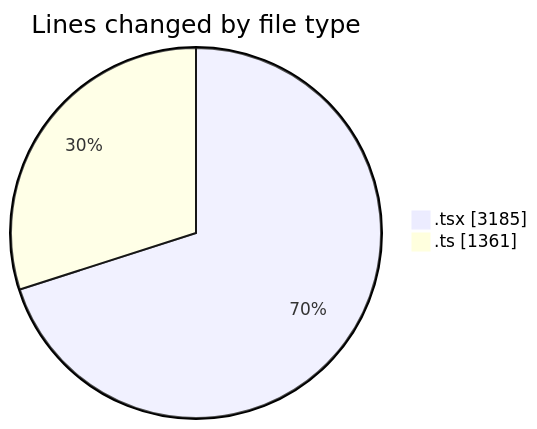
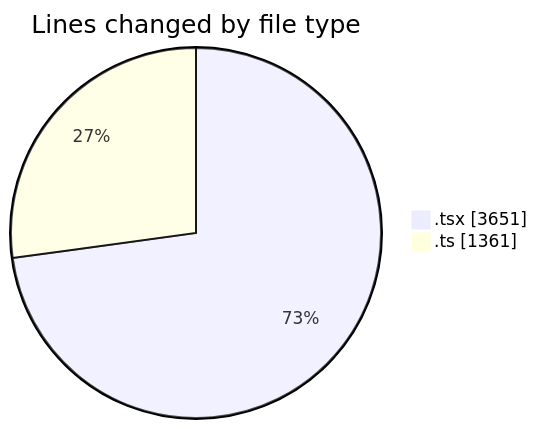
Before and after one commit to nxtqubesakshisongat/code-tracking: the first of 2 diagrams in 2026-03-06/nxtqube_webapp/README.md, drawn with Mermaid. The commit also changed other lines of this file and 1 other file, not shown here.

````diff
--- a/2026-03-06/nxtqube_webapp/README.md
+++ b/2026-03-06/nxtqube_webapp/README.md
@@ -30,6 +31,6 @@
 ```mermaid
 pie showData
 title Lines changed by file type
-".tsx" : 3185
+".tsx" : 3651
 ".ts" : 1361
 ```
````
